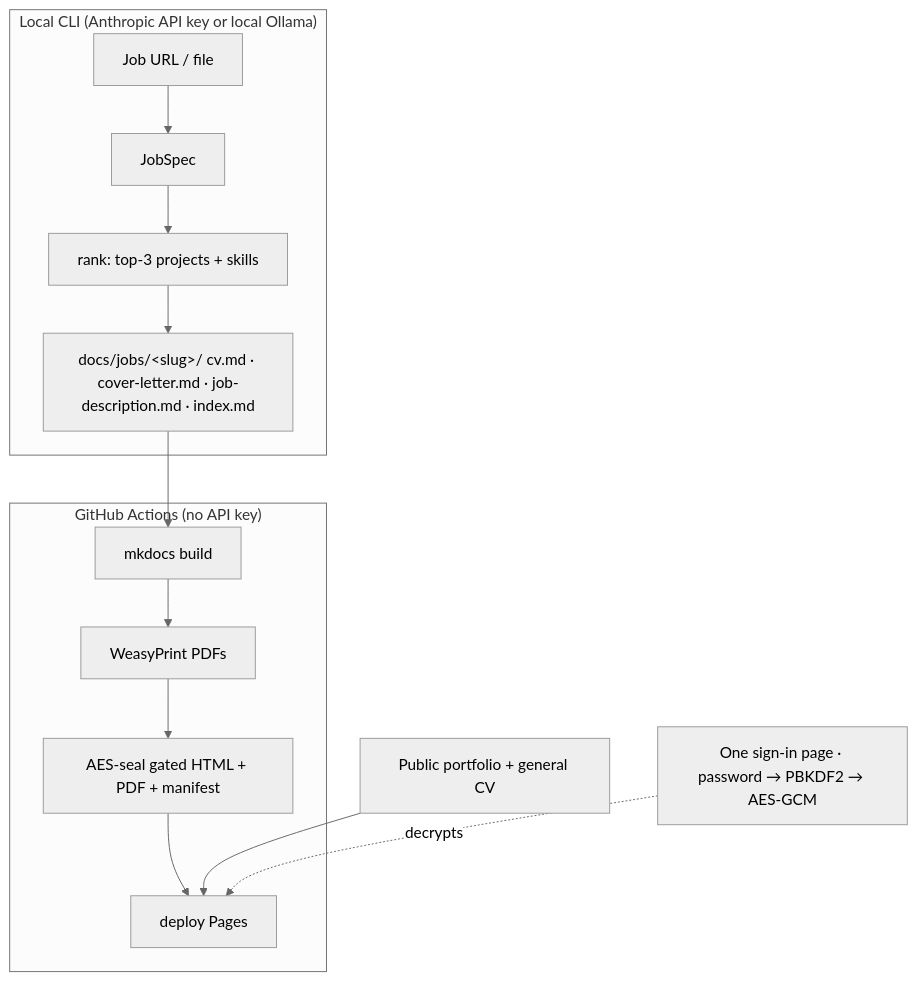
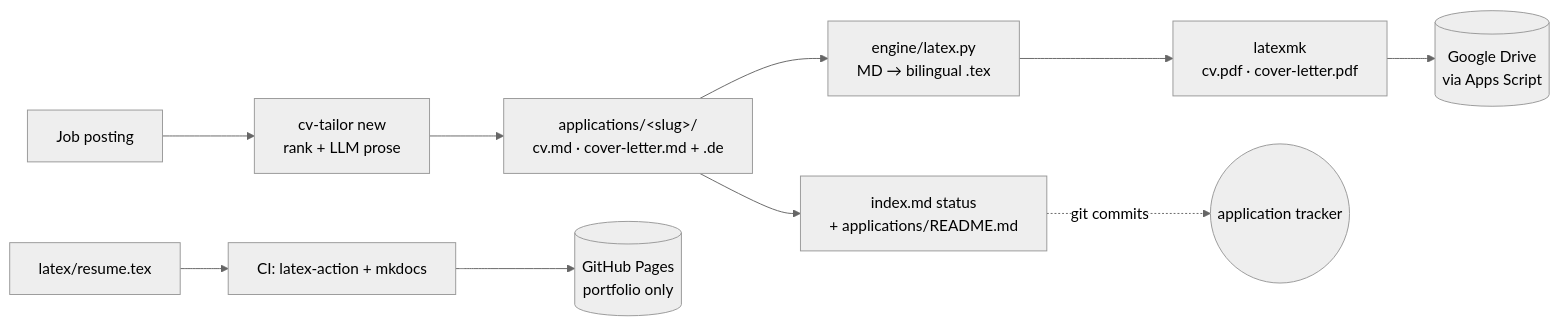
One commit to radheem/my-cv changed the diagram in README.md. Above: the diagram before and after it, drawn with Mermaid (neutral theme). The commit also changed other lines of this file and 44 other files, not shown here.

First line of the commit message:
Render bilingual .tex for the 11 apps; rewrite CLAUDE.md + README

````diff
--- a/README.md
+++ b/README.md
@@ -48,12 +14,11 @@
 ```mermaid
-flowchart TB
-    subgraph local["Local CLI (Anthropic API key or local Ollama)"]
-      JD[Job URL / file] --> SPEC[JobSpec] --> RANK[rank: top-3 projects + skills]
-      RANK --> OUT[docs/jobs/&lt;slug&gt;/ cv.md · cover-letter.md · job-description.md · index.md]
-    end
-    subgraph ci["GitHub Actions (no API key)"]
-      OUT --> MK[mkdocs build] --> PDF[WeasyPrint PDFs] --> ENC[AES-seal gated HTML + PDF + manifest] --> DEP[deploy Pages]
-    end
-    PUB[Public portfolio + general CV] --> DEP
-    GATE[One sign-in page · password → PBKDF2 → AES-GCM] -.decrypts.-> DEP
+flowchart LR
+  JD[Job posting] --> NEW[cv-tailor new<br/>rank + LLM prose]
+  NEW --> MD[applications/&lt;slug&gt;/<br/>cv.md · cover-letter.md + .de]
+  MD --> TEX[engine/latex.py<br/>MD → bilingual .tex]
+  TEX --> PDF[latexmk<br/>cv.pdf · cover-letter.pdf]
+  PDF --> DRIVE[(Google Drive<br/>via Apps Script)]
+  MD --> STATUS[index.md status<br/>+ applications/README.md]
+  STATUS -. git commits .-> TRACK((application tracker))
+  PORT[latex/resume.tex] --> CI[CI: latex-action + mkdocs] --> PAGES[(GitHub Pages<br/>portfolio only)]
 ```
````
